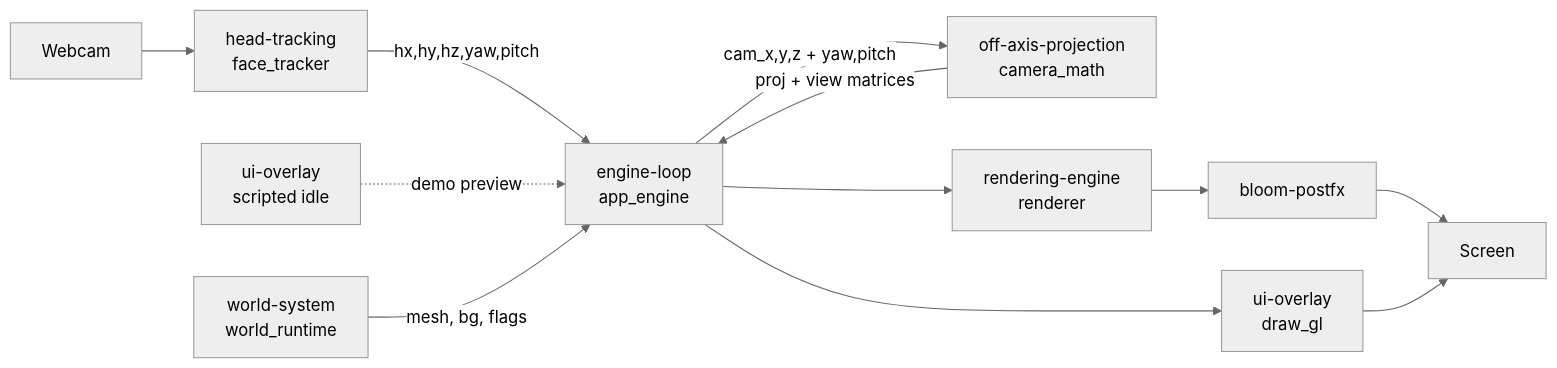
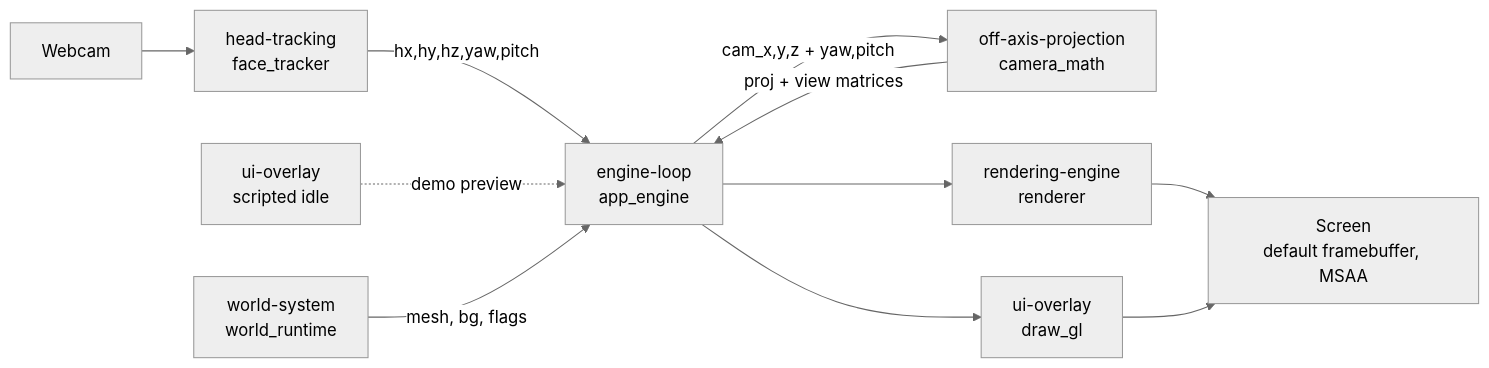
Before and after one commit to Iris-App-Release/IRIS: the first of 2 diagrams in obsidian-docs/architecture/system-interactions.md, drawn with Mermaid (neutral theme). The commit also changed other lines of this file and 23 other files, not shown here.

First line of the commit message:
Remove bloom; frame-rate-independent CAM_LAG; VBO meshes; MSAA trim

````diff
--- a/obsidian-docs/architecture/system-interactions.md
+++ b/obsidian-docs/architecture/system-interactions.md
@@ -34,14 +33,13 @@
 ```mermaid
 graph LR
   CAM[Webcam] --> FT[head-tracking<br/>face_tracker]
   FT -->|hx,hy,hz,yaw,pitch| ENG[engine-loop<br/>app_engine]
   OV[ui-overlay<br/>scripted idle] -.demo preview.-> ENG
   ENG -->|cam_x,y,z + yaw,pitch| CM[off-axis-projection<br/>camera_math]
   CM -->|proj + view matrices| ENG
   WR[world-system<br/>world_runtime] -->|mesh, bg, flags| ENG
   ENG --> RN[rendering-engine<br/>renderer]
-  RN --> BL[bloom-postfx]
-  BL --> SCR[Screen]
+  RN --> SCR[Screen<br/>default framebuffer, MSAA]
   ENG --> HUD[ui-overlay<br/>draw_gl]
   HUD --> SCR
 ```
````
